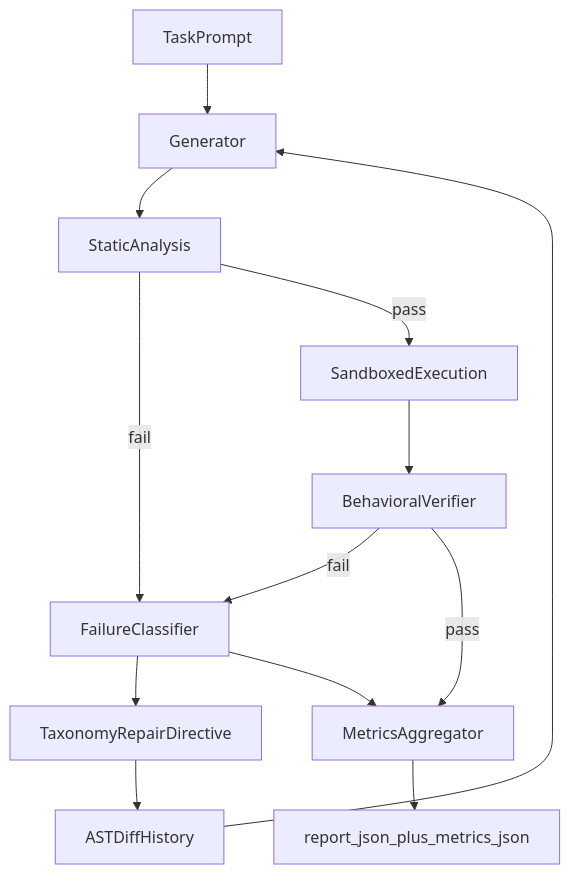
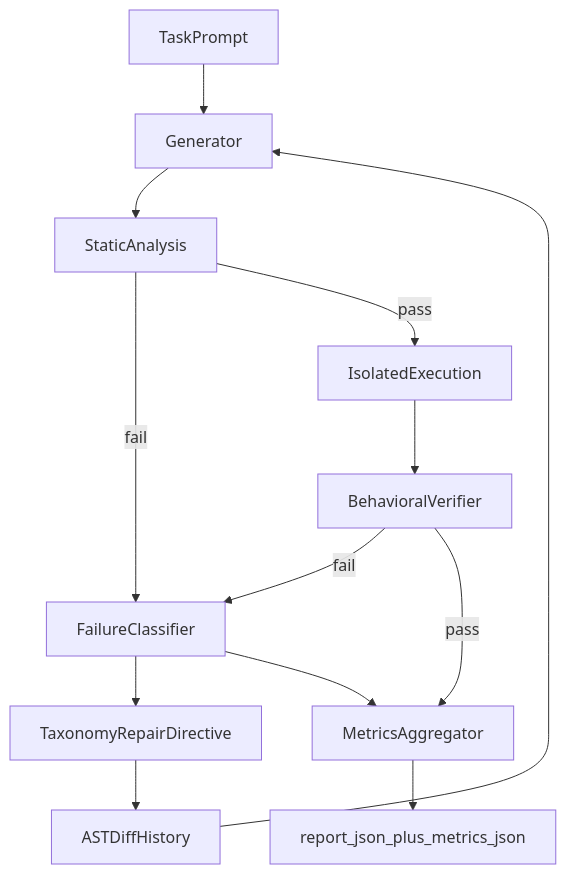
The diagram in README.md (dranshrad/automated-self-correction-loop), drawn with Mermaid before and after one commit. The commit also changed other lines of this file and 16 other files, not shown here.

````diff
--- a/README.md
+++ b/README.md
@@ -20,15 +62,15 @@
 ```mermaid
 flowchart TD
   prompt[TaskPrompt] --> gen[Generator]
   gen --> static[StaticAnalysis]
   static -->|fail| classify[FailureClassifier]
-  static -->|pass| exec[SandboxedExecution]
+  static -->|pass| exec[IsolatedExecution]
   exec --> verify[BehavioralVerifier]
   verify -->|fail| classify
   classify --> repairHint[TaxonomyRepairDirective]
   repairHint --> hist[ASTDiffHistory]
   hist --> gen
   verify -->|pass| metrics[MetricsAggregator]
   classify --> metrics
   metrics --> artifacts[report_json_plus_metrics_json]
 ```
````
